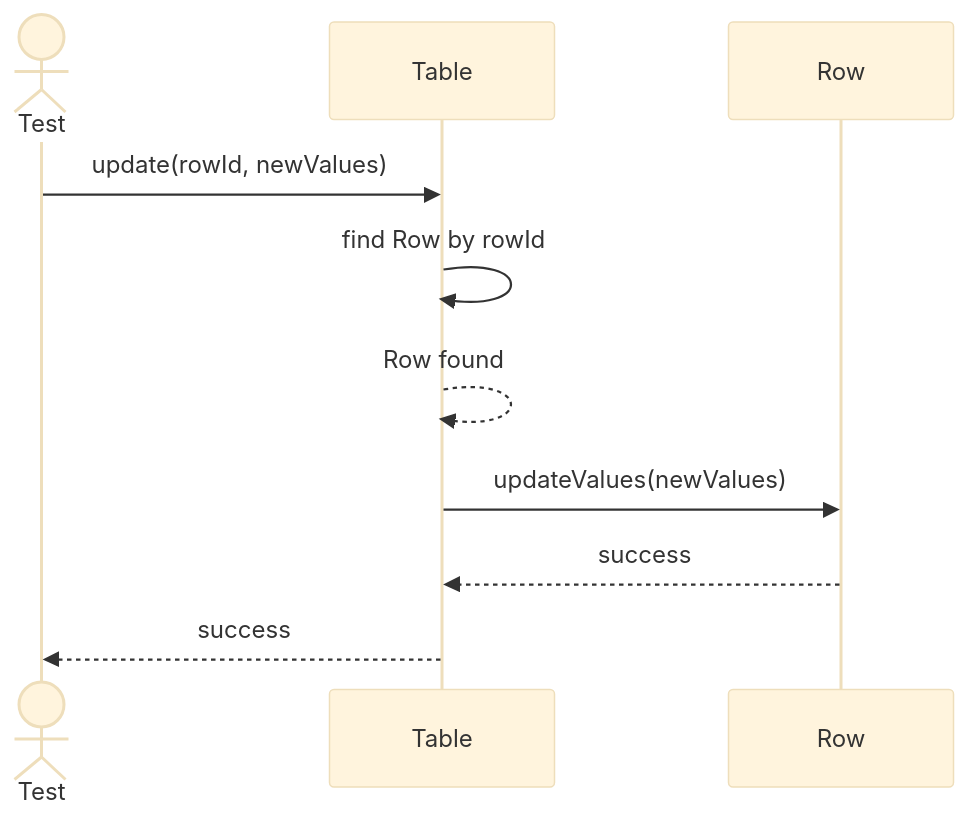
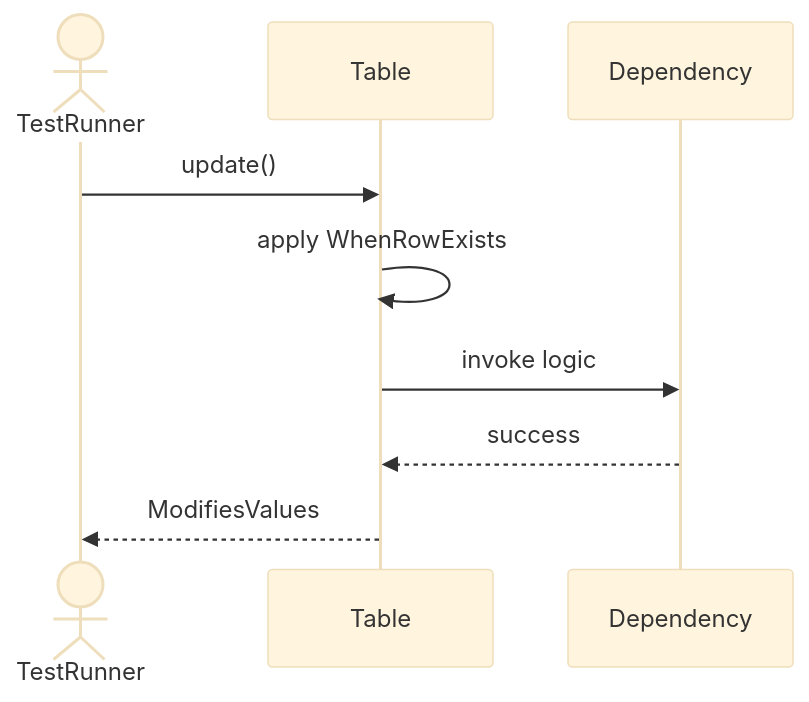
One commit to TamBui1706/DBMS changed the third of 12 diagrams in Sequences/DatabaseObjectManagement/Table.md. Above: the diagram before and after it, drawn with Mermaid (base theme). The commit also changed other lines of this file and 63 other files, not shown here.

Commit message:
Draw sequence diagram for unit tests

````diff
--- a/Sequences/DatabaseObjectManagement/Table.md
+++ b/Sequences/DatabaseObjectManagement/Table.md
@@ -47,13 +48,10 @@
 ```mermaid
 sequenceDiagram
-    actor Test
+    actor TestRunner
     participant Table
-    participant Row
-
-    Test->>Table: update(rowId, newValues)
-    Table->>Table: find Row by rowId
-    Table-->>Table: Row found
-    Table->>Row: updateValues(newValues)
-    Row-->>Table: success
-    Table-->>Test: success
+    TestRunner->>Table: update()
+    Table->>Table: apply WhenRowExists
+    Table->>Dependency: invoke logic
+    Dependency-->>Table: success
+    Table-->>TestRunner: ModifiesValues
 ```
````
